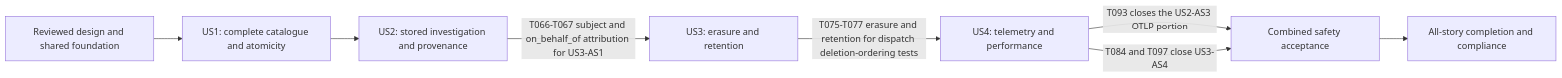
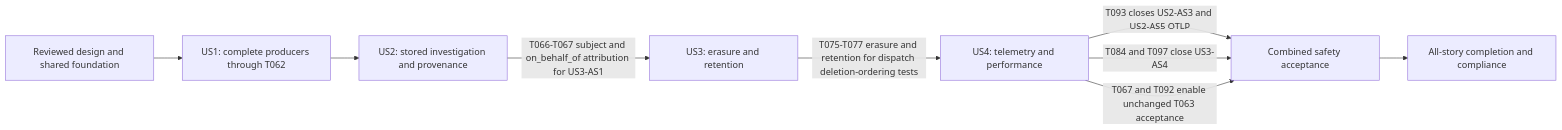
Before and after one commit to zalando-incubator/agentic-identity-broker: the diagram in specs/048-business-event-ledger/tasks.md, drawn with Mermaid. The commit also changed other lines of this file and 249 other files, not shown here.

````diff
--- a/specs/048-business-event-ledger/tasks.md
+++ b/specs/048-business-event-ledger/tasks.md
@@ -380,10 +387,11 @@
 ```mermaid
 flowchart LR
-  F[Reviewed design and shared foundation] --> U1[US1: complete catalogue and atomicity]
+  F[Reviewed design and shared foundation] --> U1[US1: complete producers through T062]
   U1 --> U2[US2: stored investigation and provenance]
   U2 -->|T066-T067 subject and on_behalf_of attribution for US3-AS1| U3[US3: erasure and retention]
   U3 -->|T075-T077 erasure and retention for dispatch deletion-ordering tests| U4[US4: telemetry and performance]
-  U4 -->|T093 closes the US2-AS3 OTLP portion| C[Combined safety acceptance]
+  U4 -->|T093 closes US2-AS3 and US2-AS5 OTLP| C[Combined safety acceptance]
   U4 -->|T084 and T097 close US3-AS4| C
+  U4 -->|T067 and T092 enable unchanged T063 acceptance| C
   C --> N[All-story completion and compliance]
 ```
````
